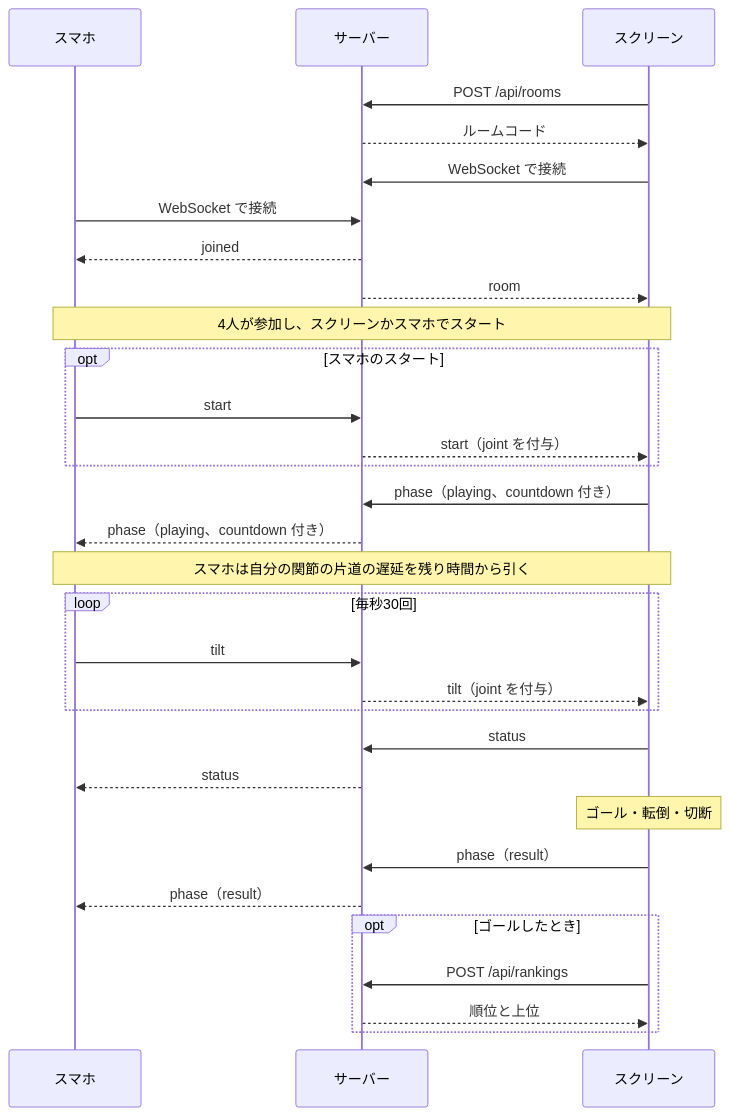
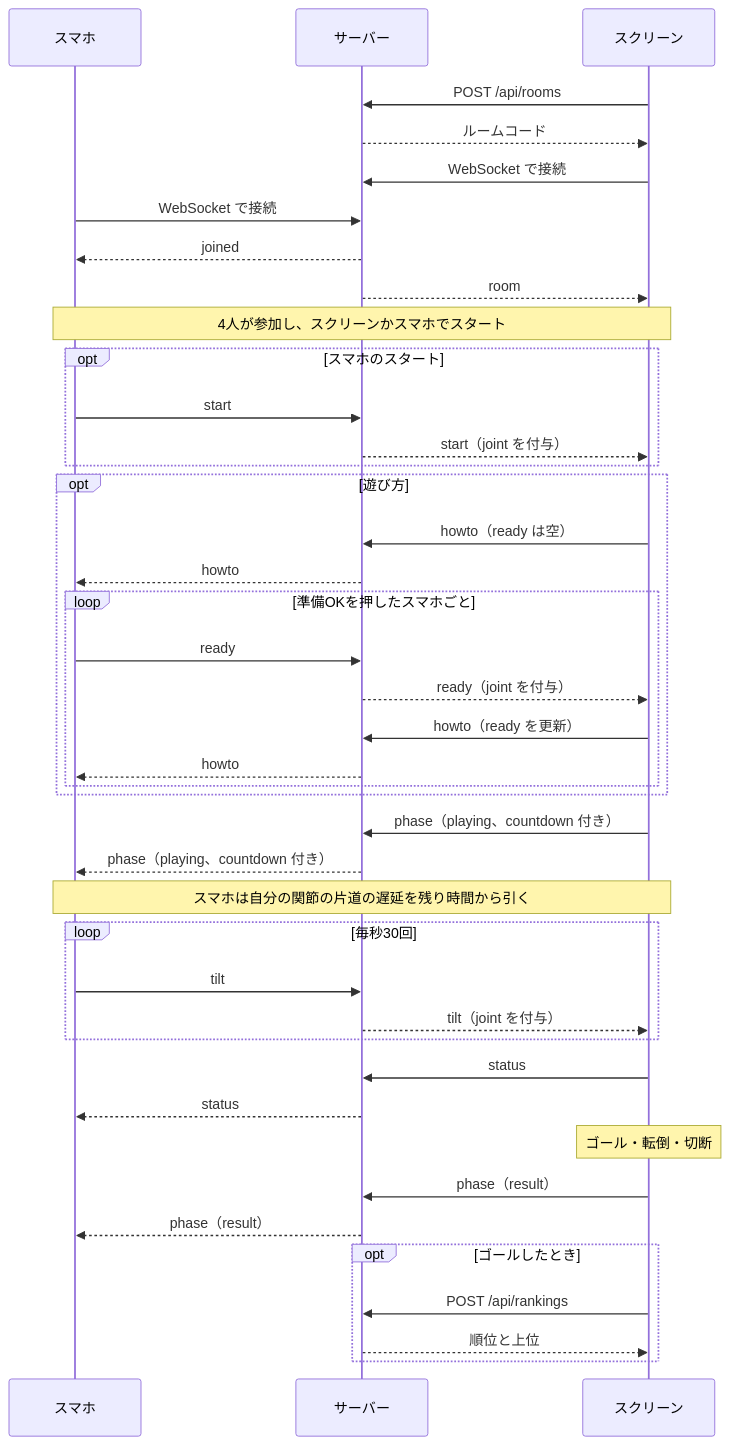
Before and after one commit to Tanakee/funyaoji: the diagram in docs/api.md, drawn with Mermaid. The commit also changed other lines of this file and 14 other files, not shown here.

````diff
--- a/docs/api.md
+++ b/docs/api.md
@@ -9,33 +9,43 @@
 ```mermaid
 sequenceDiagram
   participant P as スマホ
   participant S as サーバー
   participant C as スクリーン
   C->>S: POST /api/rooms
   S-->>C: ルームコード
   C->>S: WebSocket で接続
   P->>S: WebSocket で接続
   S-->>P: joined
   S-->>C: room
   Note over P,C: 4人が参加し、スクリーンかスマホでスタート
   opt スマホのスタート
     P->>S: start
     S-->>C: start（joint を付与）
+  end
+  opt 遊び方
+    C->>S: howto（ready は空）
+    S-->>P: howto
+    loop 準備OKを押したスマホごと
+      P->>S: ready
+      S-->>C: ready（joint を付与）
+      C->>S: howto（ready を更新）
+      S-->>P: howto
+    end
   end
   C->>S: phase（playing、countdown 付き）
   S-->>P: phase（playing、countdown 付き）
   Note over P,C: スマホは自分の関節の片道の遅延を残り時間から引く
   loop 毎秒30回
     P->>S: tilt
     S-->>C: tilt（joint を付与）
   end
   C->>S: status
   S-->>P: status
   Note over C: ゴール・転倒・切断
   C->>S: phase（result）
   S-->>P: phase（result）
   opt ゴールしたとき
     C->>S: POST /api/rankings
     S-->>C: 順位と上位
   end
 ```
````
